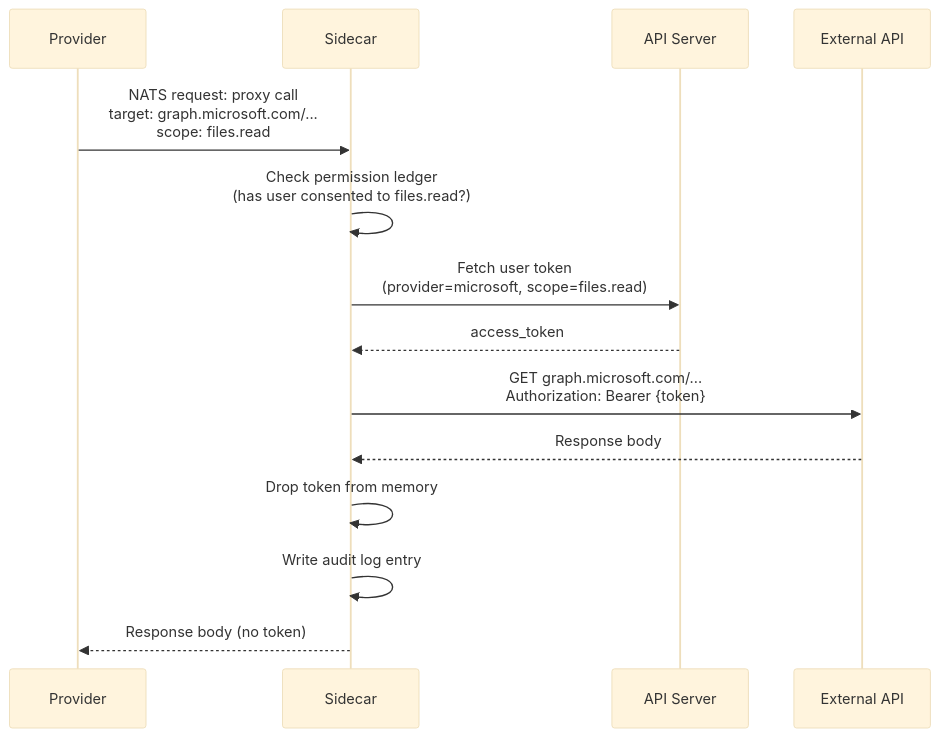
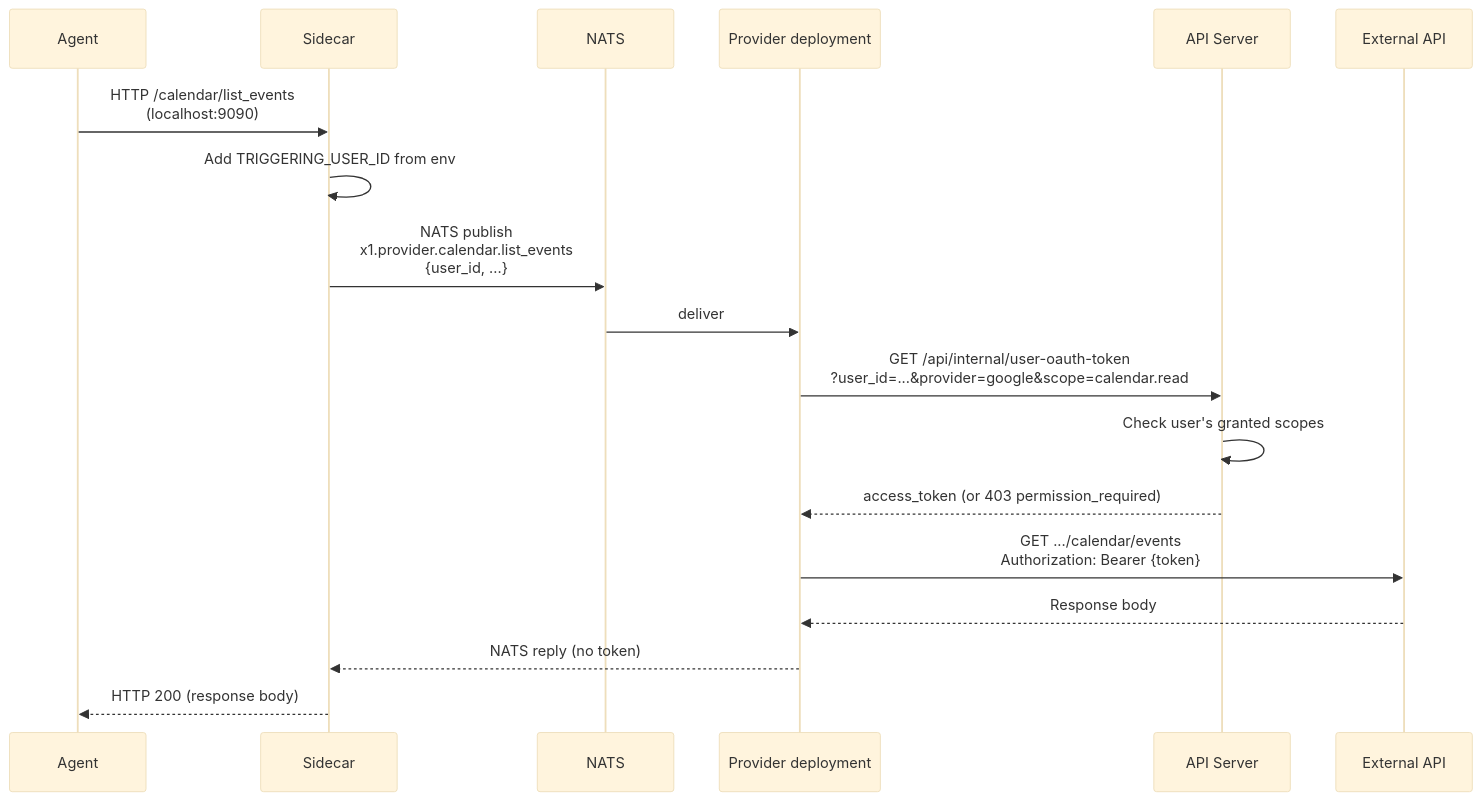
The diagram in docs/src/content/docs/security/credential-proxy.md (x1agent/x1agent), drawn with Mermaid (base theme) before and after one commit. The commit also changed other lines of this file and 40 other files, not shown here.

````diff
--- a/docs/src/content/docs/security/credential-proxy.md
+++ b/docs/src/content/docs/security/credential-proxy.md
@@ -14,17 +14,21 @@
 ```mermaid
 sequenceDiagram
-    participant P as Provider
+    participant A as Agent
     participant S as Sidecar
-    participant A as API Server
+    participant N as NATS
+    participant P as Provider deployment
+    participant API as API Server
     participant E as External API
 
-    P->>S: NATS request: proxy call<br/>target: graph.microsoft.com/...<br/>scope: files.read
-    S->>S: Check permission ledger<br/>(has user consented to files.read?)
-    S->>A: Fetch user token<br/>(provider=microsoft, scope=files.read)
-    A-->>S: access_token
-    S->>E: GET graph.microsoft.com/...<br/>Authorization: Bearer {token}
-    E-->>S: Response body
-    S->>S: Drop token from memory
-    S->>S: Write audit log entry
-    S-->>P: Response body (no token)
+    A->>S: HTTP /calendar/list_events<br/>(localhost:9090)
+    S->>S: Add TRIGGERING_USER_ID from env
+    S->>N: NATS publish<br/>x1.provider.calendar.list_events<br/>{user_id, ...}
+    N->>P: deliver
+    P->>API: GET /api/internal/user-oauth-token<br/>?user_id=...&provider=google&scope=calendar.read
+    API->>API: Check user's granted scopes
+    API-->>P: access_token (or 403 permission_required)
+    P->>E: GET .../calendar/events<br/>Authorization: Bearer {token}
+    E-->>P: Response body
+    P-->>S: NATS reply (no token)
+    S-->>A: HTTP 200 (response body)
 ```
````
